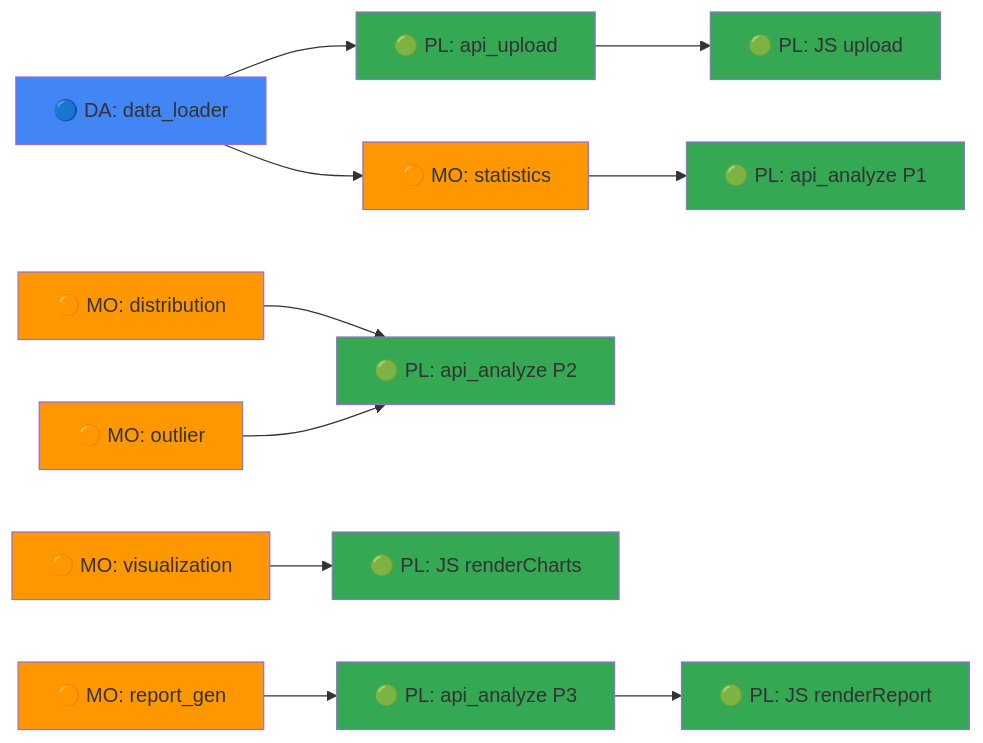
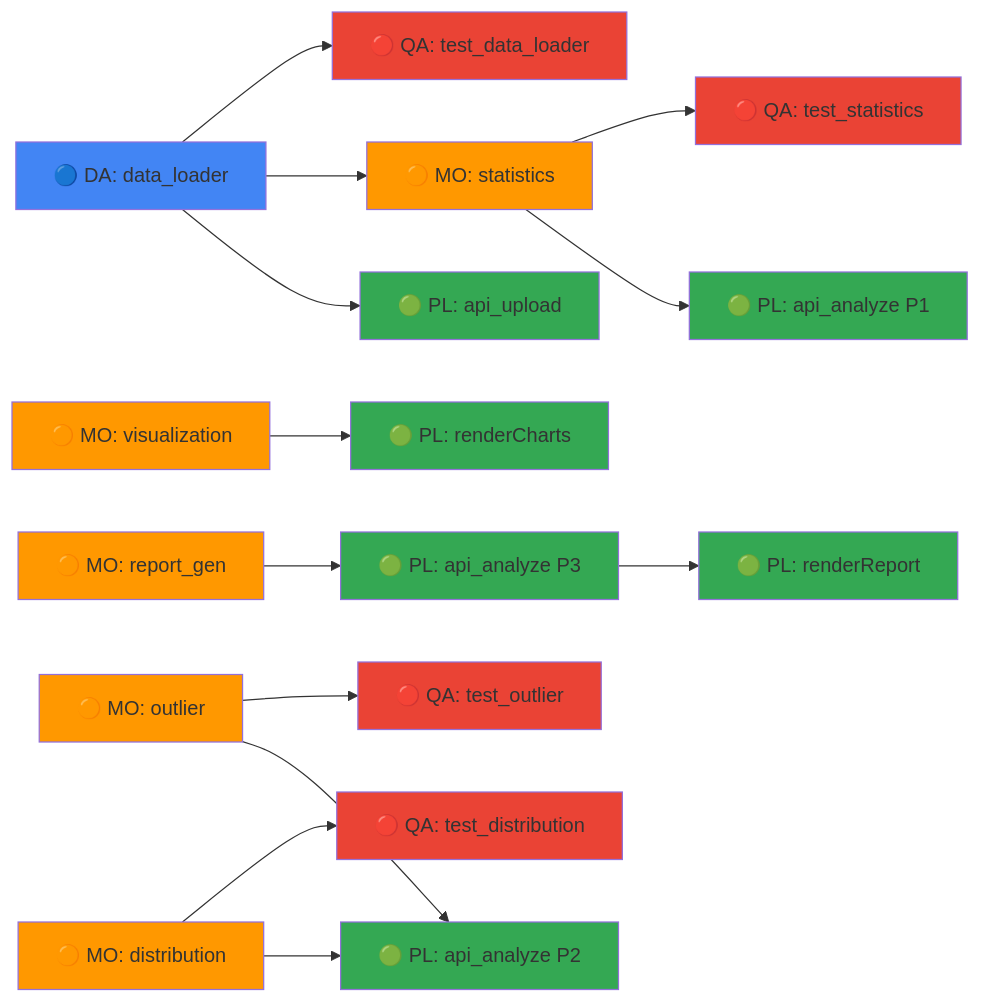
Before and after one commit to AIVIETNAM-AIO-kieuhoangquan/GradesAnomalyDetection: the second of 2 diagrams in sprint_plan.md, drawn with Mermaid. The commit also changed other lines of this file, not shown here.

````diff
--- a/sprint_plan.md
+++ b/sprint_plan.md
@@ -294,28 +292,35 @@
 ```mermaid
 graph LR
     DA1["🔵 DA: data_loader"] --> PL1["🟢 PL: api_upload"]
     DA1 --> MO1["🟠 MO: statistics"]
     MO1 --> PL2["🟢 PL: api_analyze P1"]
-    PL1 --> PL_JS1["🟢 PL: JS upload"]
-    
+
     MO2["🟠 MO: distribution"] --> PL3["🟢 PL: api_analyze P2"]
     MO3["🟠 MO: outlier"] --> PL3
-    MO4["🟠 MO: visualization"] --> PL_JS2["🟢 PL: JS renderCharts"]
-    
+    MO4["🟠 MO: visualization"] --> PL_JS["🟢 PL: renderCharts"]
+
     MO5["🟠 MO: report_gen"] --> PL4["🟢 PL: api_analyze P3"]
-    PL4 --> PL_JS3["🟢 PL: JS renderReport"]
-    
+    PL4 --> PL_JS2["🟢 PL: renderReport"]
+
+    DA1 --> QA1["🔴 QA: test_data_loader"]
+    MO1 --> QA2["🔴 QA: test_statistics"]
+    MO2 --> QA3["🔴 QA: test_distribution"]
+    MO3 --> QA4["🔴 QA: test_outlier"]
+
     style DA1 fill:#4285f4
     style MO1 fill:#ff9800
     style MO2 fill:#ff9800
     style MO3 fill:#ff9800
     style MO4 fill:#ff9800
     style MO5 fill:#ff9800
     style PL1 fill:#34a853
     style PL2 fill:#34a853
     style PL3 fill:#34a853
     style PL4 fill:#34a853
-    style PL_JS1 fill:#34a853
+    style PL_JS fill:#34a853
     style PL_JS2 fill:#34a853
-    style PL_JS3 fill:#34a853
+    style QA1 fill:#ea4335
+    style QA2 fill:#ea4335
+    style QA3 fill:#ea4335
+    style QA4 fill:#ea4335
 ```
````
